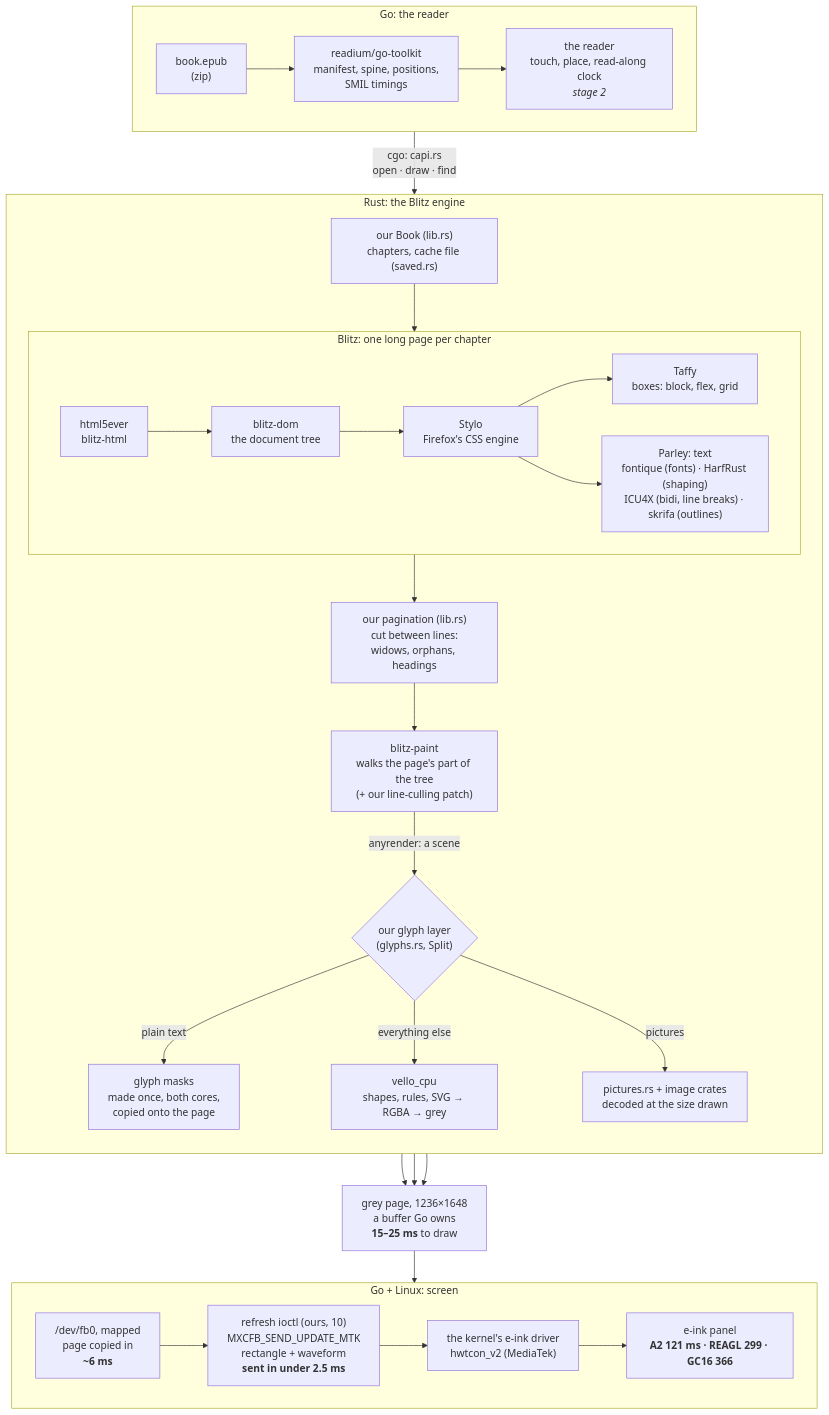
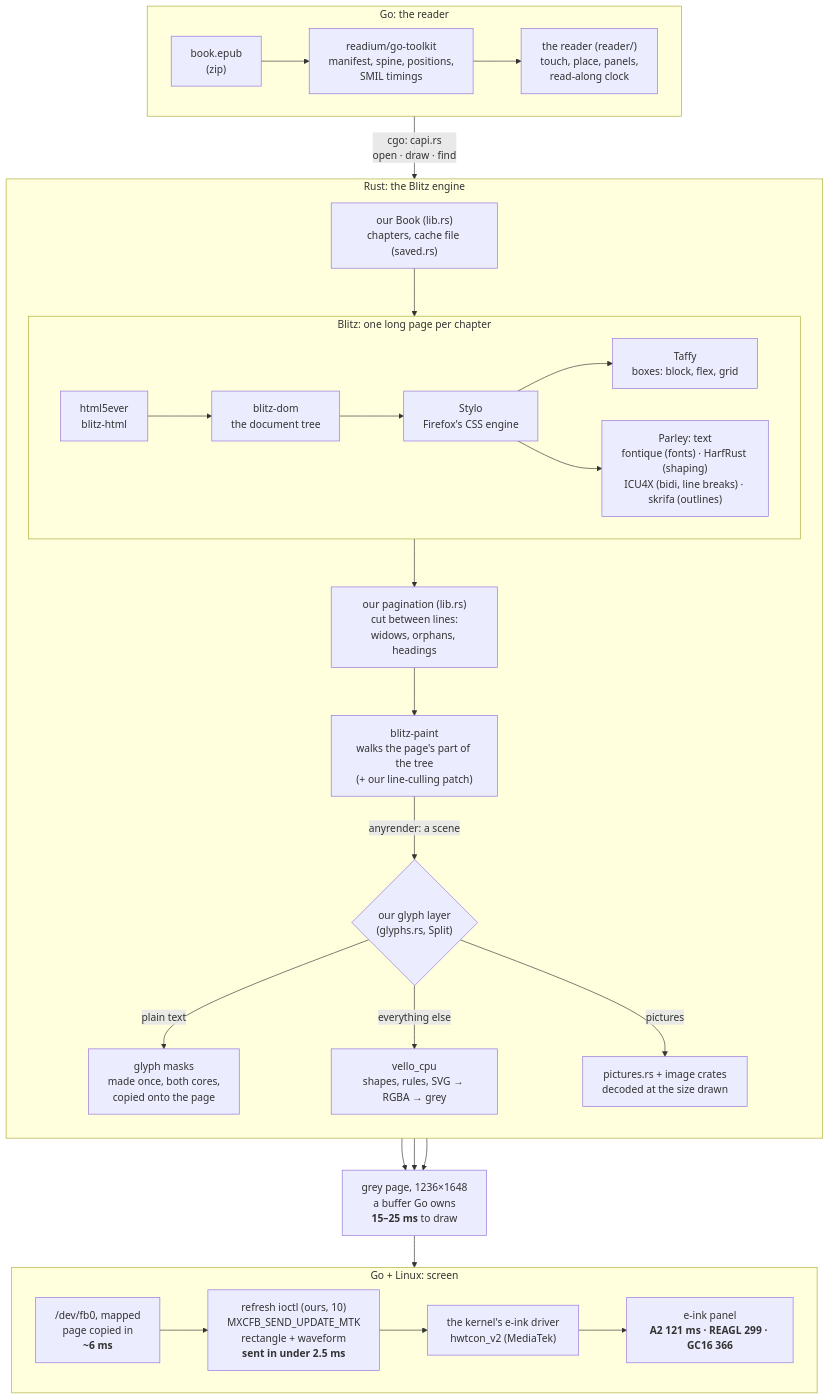
Before and after one commit to ardeshirj/shamsaink: the first of 4 diagrams in docs/design.md, drawn with Mermaid. The commit also changed other lines of this file, not shown here.

Commit message:
Docs: the design brought up to the reader: its panels, the plugin, sleep

````diff
--- a/docs/design.md
+++ b/docs/design.md
@@ -38,42 +39,42 @@
 ```mermaid
 flowchart TB
   subgraph go1 ["Go: the reader"]
     direction LR
     epub["book.epub<br/>(zip)"] --> tk["readium/go-toolkit<br/>manifest, spine, positions,<br/>SMIL timings"]
-    tk --> rd["the reader<br/>touch, place, read-along clock<br/><i>stage 2</i>"]
+    tk --> rd["the reader (reader/)<br/>touch, place, panels,<br/>read-along clock"]
   end
 
   rd -- "cgo: capi.rs<br/>open · draw · find" --> bk
 
   subgraph rust ["Rust: the Blitz engine"]
     direction TB
     bk["our Book (lib.rs)<br/>chapters, cache file (saved.rs)"]
     subgraph blitz ["Blitz: one long page per chapter"]
       direction LR
       h5["html5ever<br/>blitz-html"] --> dom["blitz-dom<br/>the document tree"]
       dom --> sty["Stylo<br/>Firefox's CSS engine"]
       sty --> taf["Taffy<br/>boxes: block, flex, grid"]
       sty --> par["Parley: text<br/>fontique (fonts) · HarfRust (shaping)<br/>ICU4X (bidi, line breaks) · skrifa (outlines)"]
     end
     bk --> blitz
     blitz --> pag["our pagination (lib.rs)<br/>cut between lines:<br/>widows, orphans, headings"]
     pag --> paint["blitz-paint<br/>walks the page's part of the tree<br/>(+ our line-culling patch)"]
     paint -- "anyrender: a scene" --> split{"our glyph layer<br/>(glyphs.rs, Split)"}
     split -- "plain text" --> masks["glyph masks<br/>made once, both cores,<br/>copied onto the page"]
     split -- "everything else" --> vc["vello_cpu<br/>shapes, rules, SVG → RGBA → grey"]
     split -- "pictures" --> pic["pictures.rs + image crates<br/>decoded at the size drawn"]
   end
 
   masks --> buf
   vc --> buf
   pic --> buf
   buf["grey page, 1236×1648<br/>a buffer Go owns<br/><b>15–25 ms</b> to draw"]
 
   subgraph dev ["Go + Linux: screen"]
     direction LR
     fb["/dev/fb0, mapped<br/>page copied in<br/><b>~6 ms</b>"] --> io["refresh ioctl (ours, 10)<br/>MXCFB_SEND_UPDATE_MTK<br/>rectangle + waveform<br/><b>sent in under 2.5 ms</b>"]
     io --> drv["the kernel's e-ink driver<br/>hwtcon_v2 (MediaTek)"]
     drv --> ink["e-ink panel<br/><b>A2 121 ms · REAGL 299 · GC16 366</b>"]
   end
   buf --> fb
 ```
````
